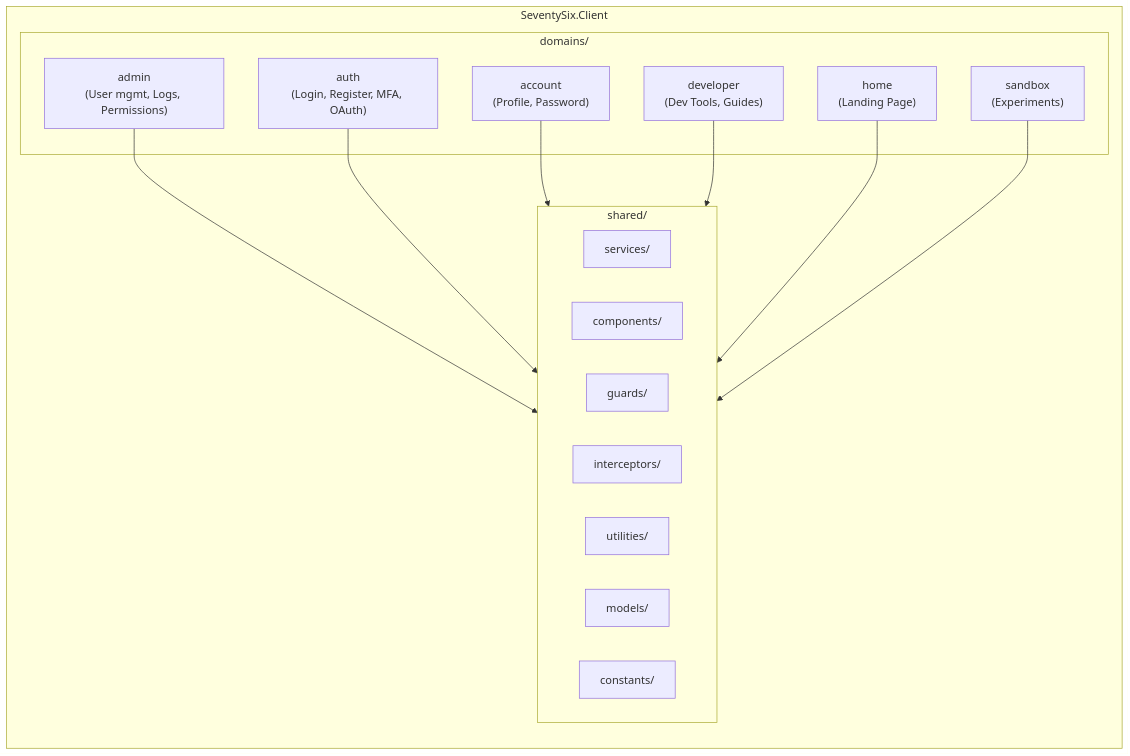
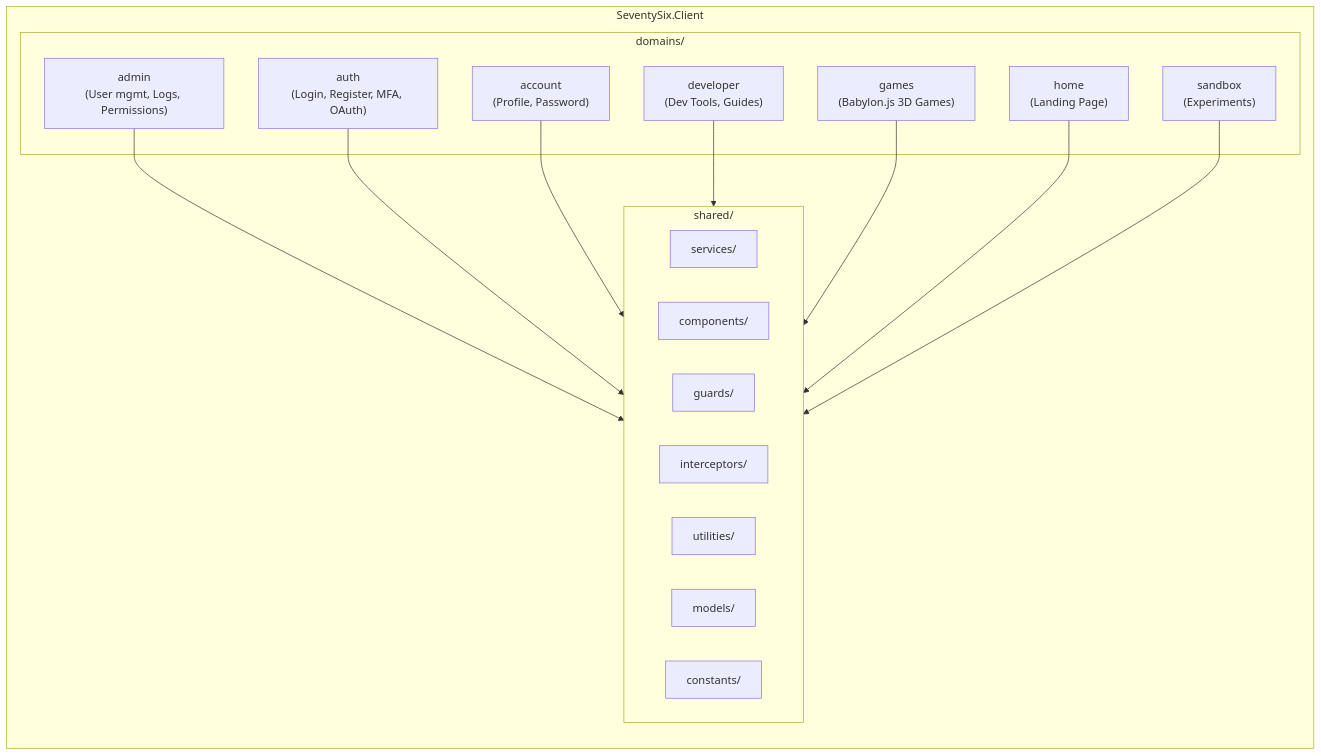
One commit to actionjacksonthegoat-debug/SeventySix changed the first of 4 diagrams in SeventySix.Client/README.md. Above: the diagram before and after it, drawn with Mermaid. The commit also changed other lines of this file and 11 other files, not shown here.

````diff
--- a/SeventySix.Client/README.md
+++ b/SeventySix.Client/README.md
@@ -50,29 +50,31 @@
 ```mermaid
 graph TB
     subgraph App["SeventySix.Client"]
         direction TB
         subgraph Domains["domains/"]
             Admin["admin\n(User mgmt, Logs, Permissions)"]
             Auth["auth\n(Login, Register, MFA, OAuth)"]
             Account["account\n(Profile, Password)"]
             Developer["developer\n(Dev Tools, Guides)"]
+            Games["games\n(Babylon.js 3D Games)"]
             Home["home\n(Landing Page)"]
             Sandbox["sandbox\n(Experiments)"]
         end
         subgraph SharedLayer["shared/"]
             Services["services/"]
             Components["components/"]
             Guards["guards/"]
             Interceptors["interceptors/"]
             Utilities["utilities/"]
             Models["models/"]
             Constants["constants/"]
         end
     end
     Admin --> SharedLayer
     Auth --> SharedLayer
     Account --> SharedLayer
     Developer --> SharedLayer
+    Games --> SharedLayer
     Home --> SharedLayer
     Sandbox --> SharedLayer
 ```
````
